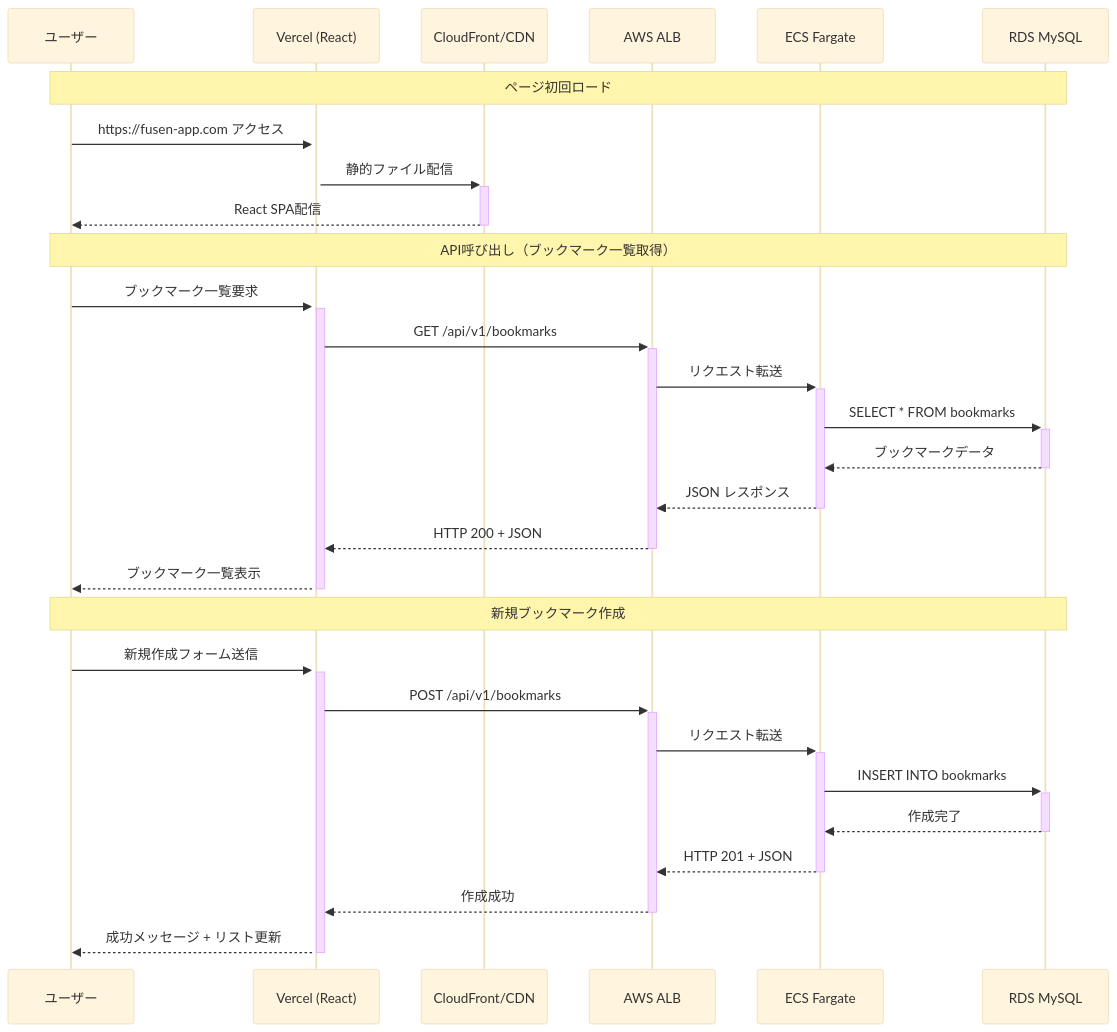
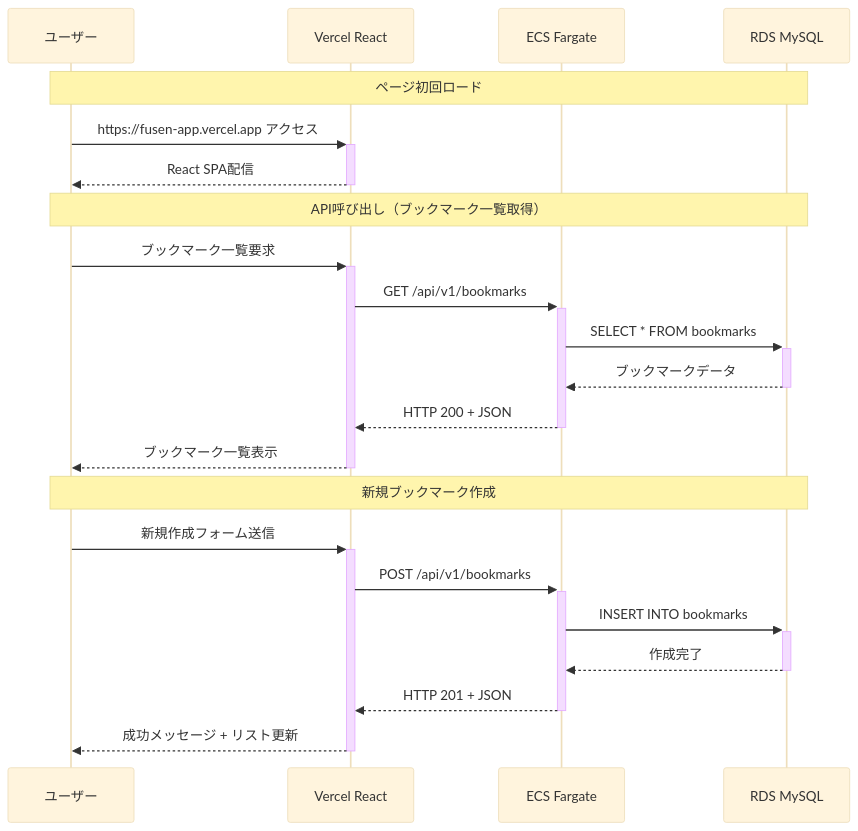
Before and after one commit to fK470/fusen: the third of 5 diagrams in docs/system-architecture.md, drawn with Mermaid (base theme). The commit also changed other lines of this file and 1 other file, not shown here.

First line of the commit message:
Fix Mermaid diagram errors in system architecture documentation (#16)

````diff
--- a/docs/system-architecture.md
+++ b/docs/system-architecture.md
@@ -111,34 +93,27 @@
 ```mermaid
 sequenceDiagram
     participant U as ユーザー
-    participant V as Vercel (React)
-    participant CF as CloudFront/CDN
-    participant ALB as AWS ALB
+    participant V as Vercel React
     participant ECS as ECS Fargate
     participant RDS as RDS MySQL
     
     Note over U,RDS: ページ初回ロード
-    U->>+V: https://fusen-app.com アクセス
-    V->>+CF: 静的ファイル配信
-    CF-->>-U: React SPA配信
+    U->>+V: https://fusen-app.vercel.app アクセス
+    V-->>-U: React SPA配信
     
     Note over U,RDS: API呼び出し（ブックマーク一覧取得）
     U->>+V: ブックマーク一覧要求
-    V->>+ALB: GET /api/v1/bookmarks
-    ALB->>+ECS: リクエスト転送
+    V->>+ECS: GET /api/v1/bookmarks
     ECS->>+RDS: SELECT * FROM bookmarks
     RDS-->>-ECS: ブックマークデータ
-    ECS-->>-ALB: JSON レスポンス
-    ALB-->>-V: HTTP 200 + JSON
+    ECS-->>-V: HTTP 200 + JSON
     V-->>-U: ブックマーク一覧表示
     
     Note over U,RDS: 新規ブックマーク作成
     U->>+V: 新規作成フォーム送信
-    V->>+ALB: POST /api/v1/bookmarks
-    ALB->>+ECS: リクエスト転送
+    V->>+ECS: POST /api/v1/bookmarks
     ECS->>+RDS: INSERT INTO bookmarks
     RDS-->>-ECS: 作成完了
-    ECS-->>-ALB: HTTP 201 + JSON
-    ALB-->>-V: 作成成功
+    ECS-->>-V: HTTP 201 + JSON
     V-->>-U: 成功メッセージ + リスト更新
 ```
````
